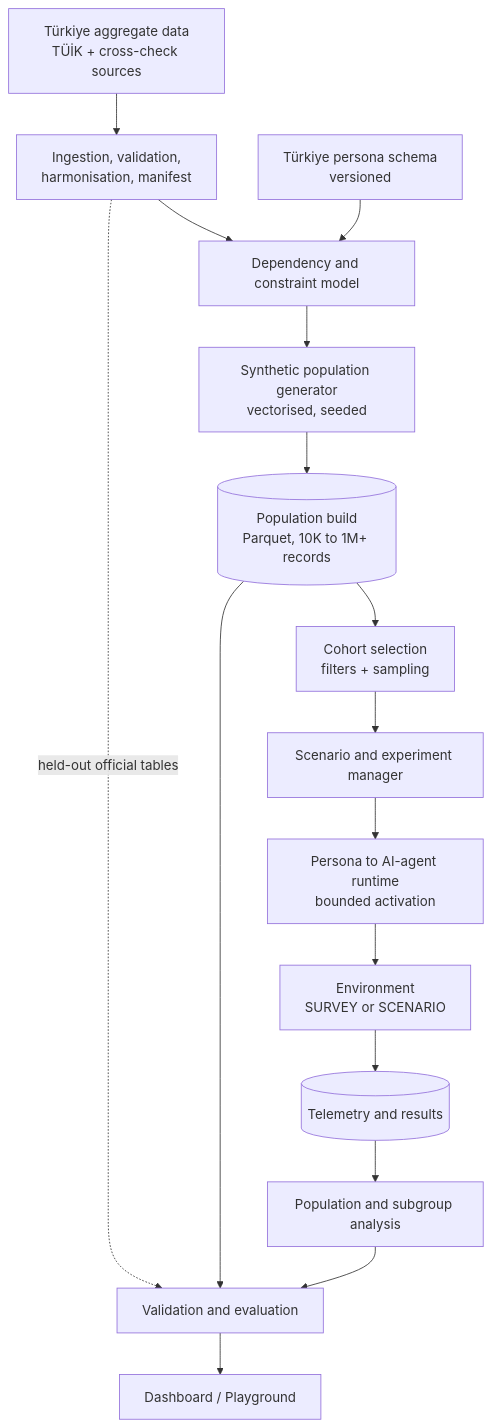
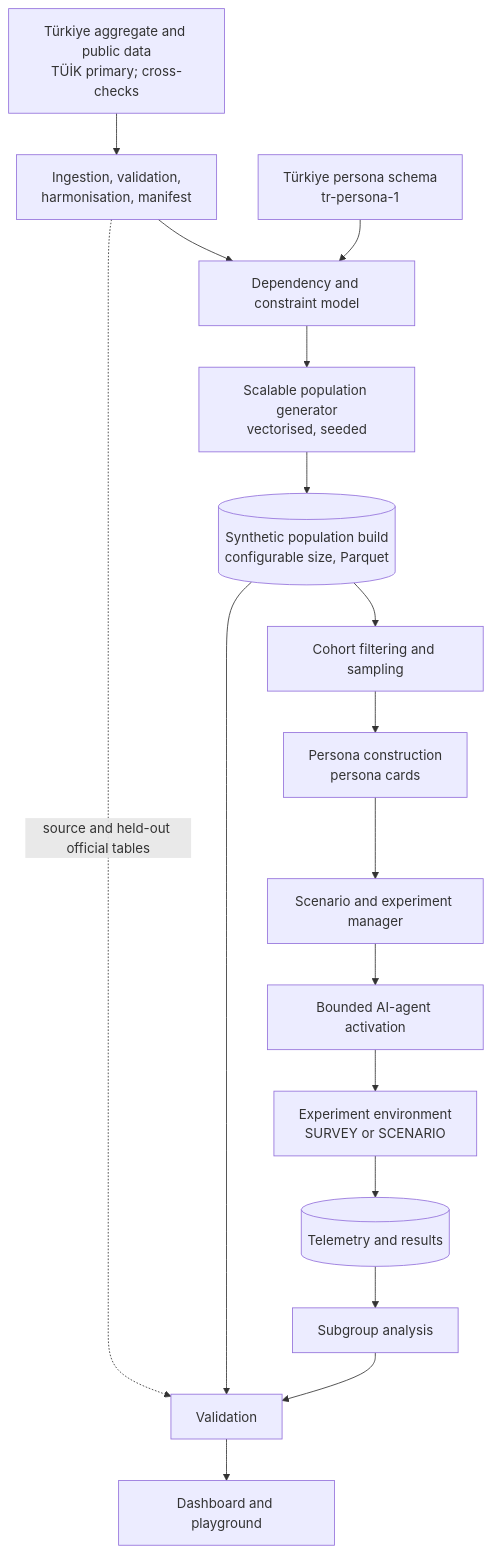
The first of 6 diagrams in docs/societytwin-v2-architecture.md (Samotic/AI-powered-digital-society-twin), drawn with Mermaid before and after one commit. The commit also changed other lines of this file and 12 other files, not shown here.

First line of the commit message:
docs: refine SocietyTwin v2 architecture and scale assumptions

````diff
--- a/docs/societytwin-v2-architecture.md
+++ b/docs/societytwin-v2-architecture.md
@@ -30,33 +43,35 @@
 ```mermaid
 flowchart TD
-    A["Türkiye aggregate data<br/>TÜİK + cross-check sources"]
+    A["Türkiye aggregate and public data<br/>TÜİK primary; cross-checks"]
     B["Ingestion, validation,<br/>harmonisation, manifest"]
-    C["Türkiye persona schema<br/>versioned"]
+    C["Türkiye persona schema<br/>tr-persona-1"]
     D["Dependency and constraint model"]
-    E["Synthetic population generator<br/>vectorised, seeded"]
-    F[("Population build<br/>Parquet, 10K to 1M+ records")]
-    G["Cohort selection<br/>filters + sampling"]
+    E["Scalable population generator<br/>vectorised, seeded"]
+    F[("Synthetic population build<br/>configurable size, Parquet")]
+    G["Cohort filtering and sampling"]
+    P["Persona construction<br/>persona cards"]
     H["Scenario and experiment manager"]
-    I["Persona to AI-agent runtime<br/>bounded activation"]
-    J["Environment<br/>SURVEY or SCENARIO"]
+    I["Bounded AI-agent activation"]
+    J["Experiment environment<br/>SURVEY or SCENARIO"]
     K[("Telemetry and results")]
-    L["Population and subgroup analysis"]
-    M["Validation and evaluation"]
-    N["Dashboard / Playground"]
+    L["Subgroup analysis"]
+    M["Validation"]
+    N["Dashboard and playground"]
 
     A --> B
     B --> D
     C --> D
     D --> E
     E --> F
     F --> G
-    G --> H
+    G --> P
+    P --> H
     H --> I
     I --> J
     J --> K
     K --> L
     L --> M
     F --> M
-    B -.->|held-out official tables| M
+    B -.->|source and held-out official tables| M
     M --> N
 ```
````
